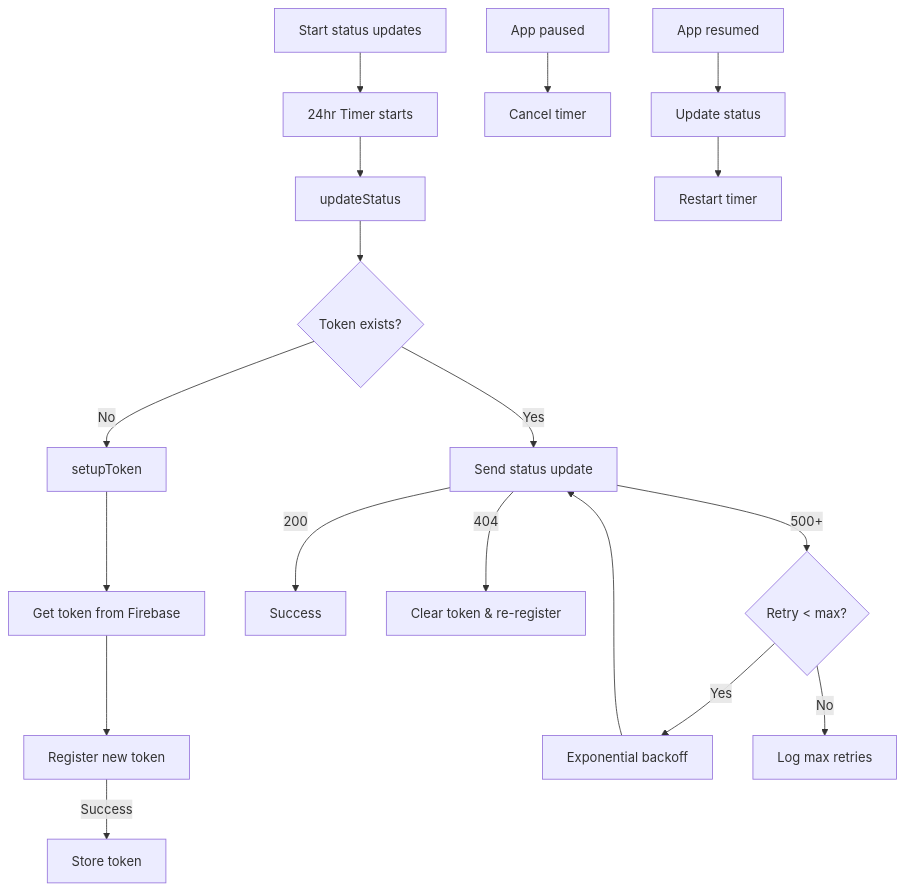
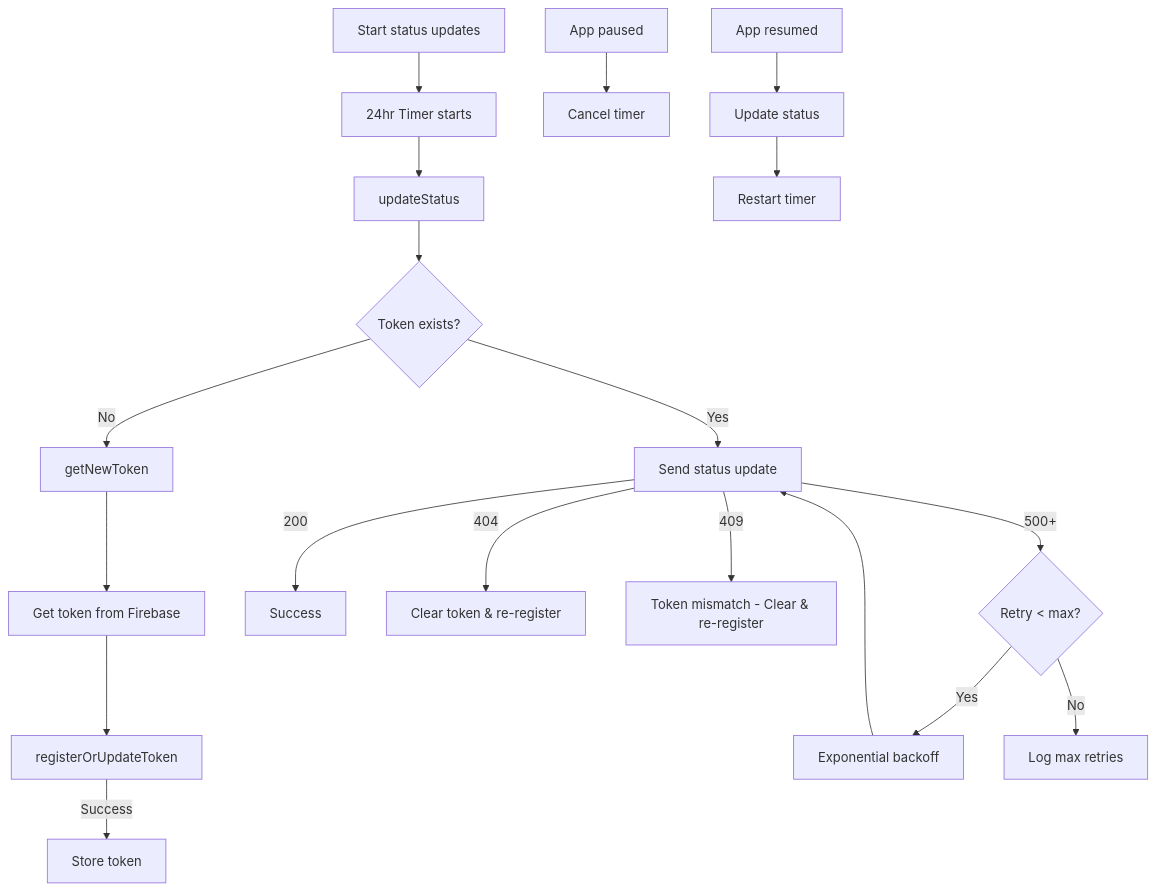
The third of 4 diagrams in bmb_mobile/notifications_plan.md (codasite/bmb-rails), drawn with Mermaid before and after one commit. The commit also changed other lines of this file and 3 other files, not shown here.

````diff
--- a/bmb_mobile/notifications_plan.md
+++ b/bmb_mobile/notifications_plan.md
@@ -207,21 +209,22 @@
 ```mermaid
 flowchart TD
     A[Start status updates] --> B[24hr Timer starts]
     B --> C[updateStatus]
     C --> D{Token exists?}
-    D -->|No| E[setupToken]
+    D -->|No| E[getNewToken]
     E --> F1[Get token from Firebase]
-    F1 --> G1[Register new token]
+    F1 --> G1[registerOrUpdateToken]
     G1 -->|Success| H1[Store token]
     D -->|Yes| F[Send status update]
     F -->|200| G[Success]
     F -->|404| H[Clear token & re-register]
+    F -->|409| H2[Token mismatch - Clear & re-register]
     F -->|500+| I{Retry < max?}
     I -->|Yes| J[Exponential backoff]
     J --> F
     I -->|No| K[Log max retries]
     
     L[App paused] --> M[Cancel timer]
     N[App resumed] --> O[Update status]
     O --> P[Restart timer]
 ```
````
